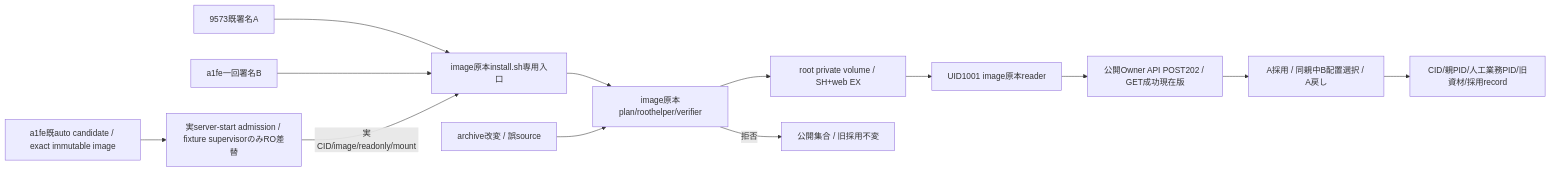
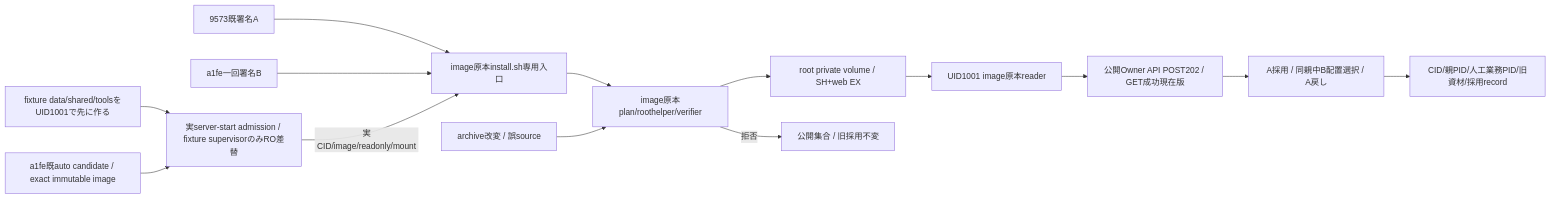
The second of 2 diagrams in docs/architecture/modules/distribution/web-gateway-artifact.md (kitepon/BellTeam), drawn with Mermaid before and after one commit. The commit also changed other lines of this file and 1 other file, not shown here.

Commit message:
Prepare synthetic data mount parents before gateway runtime fixture

````diff
--- a/docs/architecture/modules/distribution/web-gateway-artifact.md
+++ b/docs/architecture/modules/distribution/web-gateway-artifact.md
@@ -47,15 +47,16 @@
 ```mermaid
 flowchart LR
-  Image[a1fe既auto candidate / exact immutable image] --> Normal[実server-start admission / fixture supervisorのみRO差替]
+  Init[fixture data/shared/toolsをUID1001で先に作る] --> Normal[実server-start admission / fixture supervisorのみRO差替]
+  Image[a1fe既auto candidate / exact immutable image] --> Normal
   A[9573既署名A] --> Installer[image原本install.sh専用入口]
   B[a1fe一回署名B] --> Installer
   Normal -->|実CID/image/readonly/mount| Installer
   Installer --> Helper[image原本plan/roothelper/verifier]
   Helper --> Private[root private volume / SH+web EX]
   Private --> Reader[UID1001 image原本reader]
   Reader --> API[公開Owner API POST202 / GET成功現在版]
   API --> Sequence[A採用 / 同親中B配置選択 / A戻し]
   Sequence --> Proof[CID/親PID/人工業務PID/旧資材/採用record]
   Bad[archive改変 / 誤source] --> Helper
   Helper -->|拒否| Keep[公開集合 / 旧採用不変]
 ```
````
